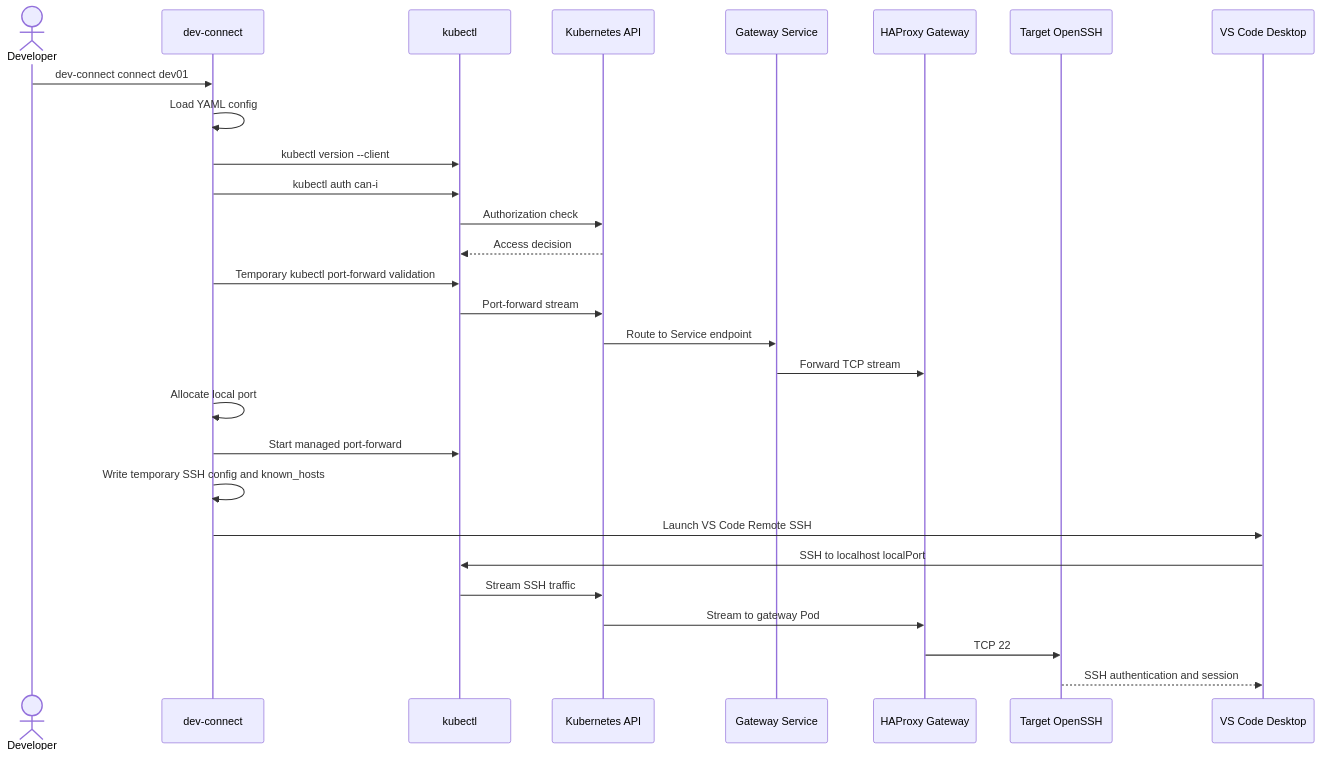
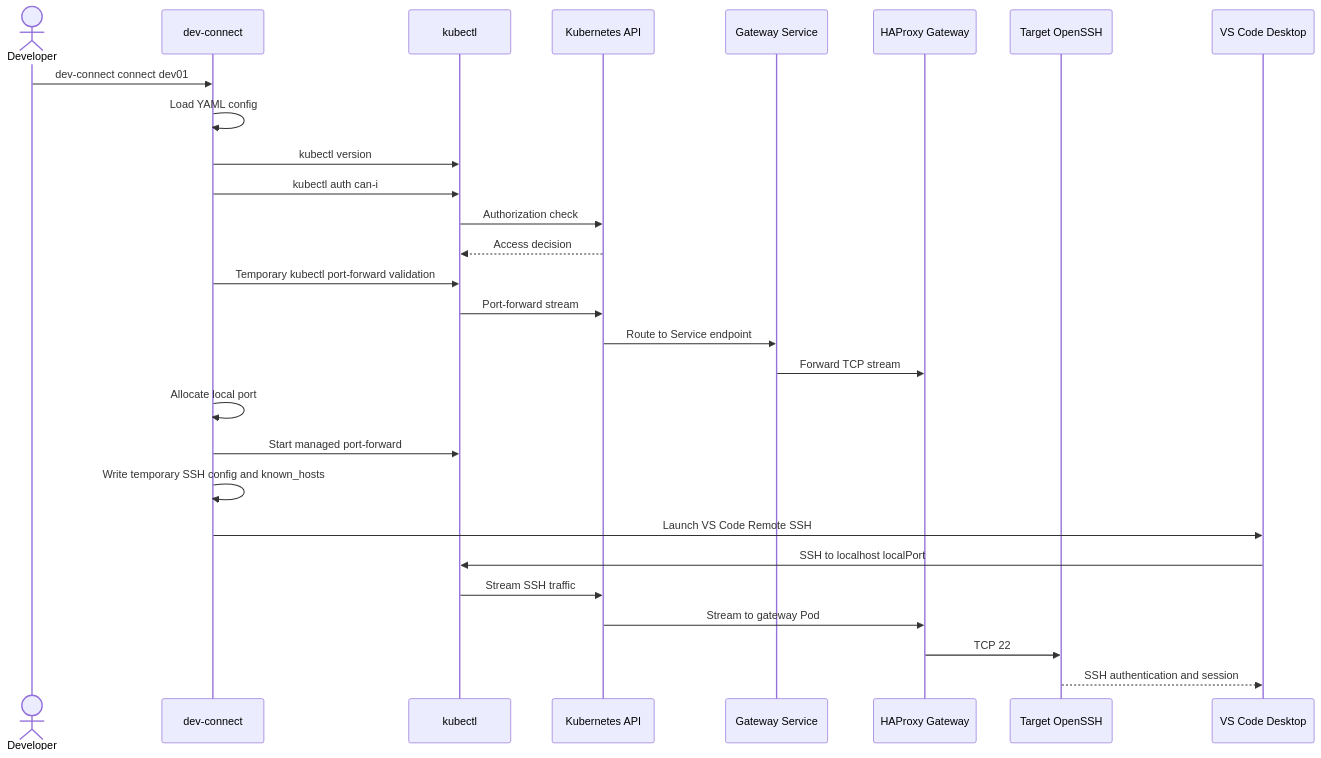
One commit to anwendt/dev-connect changed the first of 2 diagrams in docs/sequence-diagrams.md. Above: the diagram before and after it, drawn with Mermaid. The commit also changed other lines of this file and 26 other files, not shown here.

````diff
--- a/docs/sequence-diagrams.md
+++ b/docs/sequence-diagrams.md
@@ -7,31 +7,31 @@
 ```mermaid
 sequenceDiagram
     actor Developer
     participant CLI as dev-connect
     participant K as kubectl
     participant API as Kubernetes API
     participant SVC as Gateway Service
     participant GW as HAProxy Gateway
     participant SSHD as Target OpenSSH
     participant Code as VS Code Desktop
 
     Developer->>CLI: dev-connect connect dev01
     CLI->>CLI: Load YAML config
-    CLI->>K: kubectl version --client
+    CLI->>K: kubectl version
     CLI->>K: kubectl auth can-i
     K->>API: Authorization check
     API-->>K: Access decision
     CLI->>K: Temporary kubectl port-forward validation
     K->>API: Port-forward stream
     API->>SVC: Route to Service endpoint
     SVC->>GW: Forward TCP stream
     CLI->>CLI: Allocate local port
     CLI->>K: Start managed port-forward
     CLI->>CLI: Write temporary SSH config and known_hosts
     CLI->>Code: Launch VS Code Remote SSH
     Code->>K: SSH to localhost localPort
     K->>API: Stream SSH traffic
     API->>GW: Stream to gateway Pod
     GW->>SSHD: TCP 22
     SSHD-->>Code: SSH authentication and session
 ```
````
